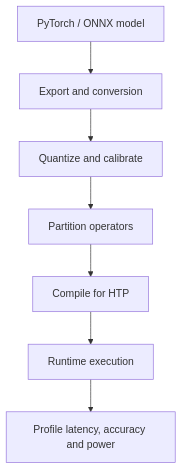
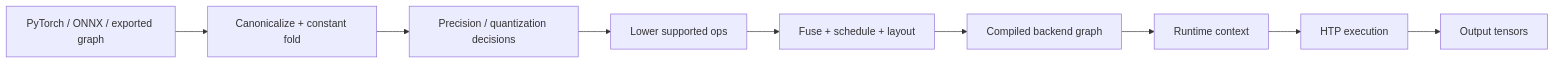
One commit to abhishekkumardwivedi/abhishekkumardwivedi.github.io changed the diagram in src/content/docs/articles/qualcomm-npu-htp.md. Above: the diagram before and after it, drawn with Mermaid. The commit also changed other lines of this file and 7 other files, not shown here.

````diff
--- a/src/content/docs/articles/qualcomm-npu-htp.md
+++ b/src/content/docs/articles/qualcomm-npu-htp.md
@@ -10,9 +14,11 @@
 ```mermaid
-flowchart TD
-    A["PyTorch / ONNX model"] --> B["Export and conversion"]
-    B --> C["Quantize and calibrate"]
-    C --> D["Partition operators"]
-    D --> E["Compile for HTP"]
-    E --> F["Runtime execution"]
-    F --> G["Profile latency, accuracy and power"]
+flowchart LR
+    P["PyTorch / ONNX / exported graph"] --> C["Canonicalize + constant fold"]
+    C --> Q["Precision / quantization decisions"]
+    Q --> L["Lower supported ops"]
+    L --> F["Fuse + schedule + layout"]
+    F --> G["Compiled backend graph"]
+    G --> R["Runtime context"]
+    R --> H["HTP execution"]
+    H --> O["Output tensors"]
 ```
````
